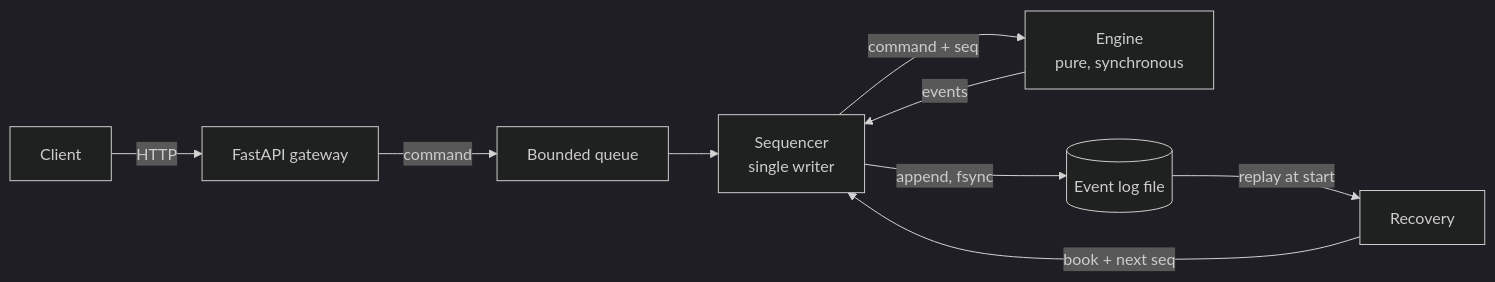
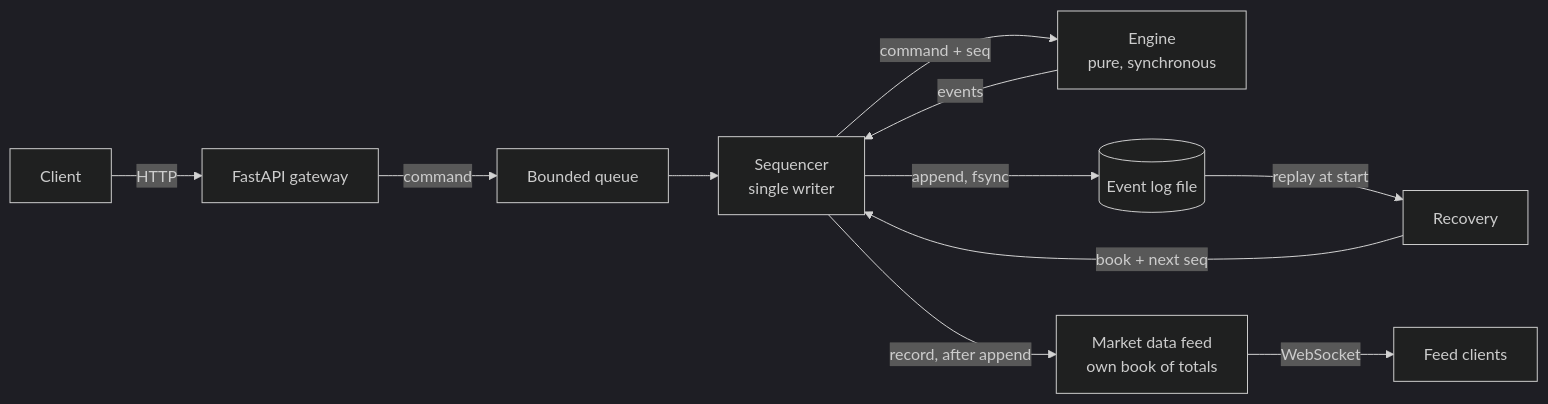
The diagram in README.md (henry-c-h/orderbook-engine), drawn with Mermaid (dark theme) before and after one commit. The commit also changed other lines of this file, not shown here.

First line of the commit message:
docs: describe the feed in the readme

````diff
--- a/README.md
+++ b/README.md
@@ -15,11 +16,13 @@
 ```mermaid
 flowchart LR
     client[Client] -->|HTTP| gateway[FastAPI gateway]
     gateway -->|command| queue[Bounded queue]
     queue --> sequencer[Sequencer<br/>single writer]
     sequencer -->|command + seq| engine[Engine<br/>pure, synchronous]
     engine -->|events| sequencer
     sequencer -->|append, fsync| log[(Event log file)]
+    sequencer -->|record, after append| feed[Market data feed<br/>own book of totals]
+    feed -->|WebSocket| subscribers[Feed clients]
     log -->|replay at start| recovery[Recovery]
     recovery -->|book + next seq| sequencer
 ```
````
